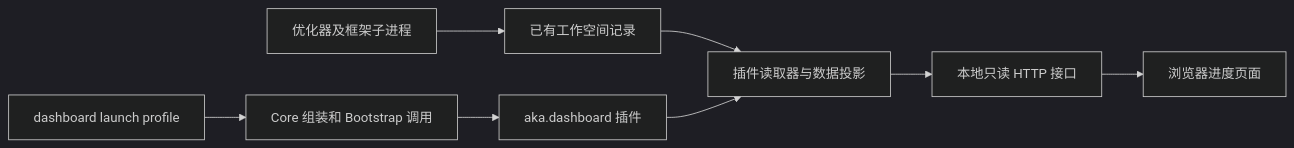
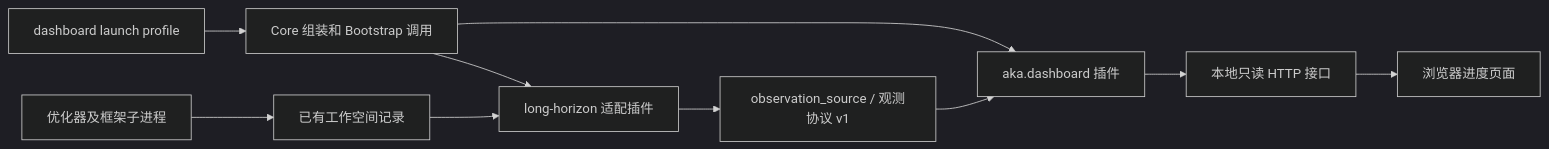
Before and after one commit to alibaba/atrex-kernel-agent: the diagram in docs/optimization-dashboard.md, drawn with Mermaid (dark theme). The commit also changed other lines of this file and 19 other files, not shown here.

Commit message:
refactor(dashboard): inject versioned observation source plugins

````diff
--- a/docs/optimization-dashboard.md
+++ b/docs/optimization-dashboard.md
@@ -28,10 +28,12 @@
 ```mermaid
 flowchart LR
     OP[优化器及框架子进程] --> WS[已有工作空间记录]
     LP[dashboard launch profile] --> CORE[Core 组装和 Bootstrap 调用]
     CORE --> UI[aka.dashboard 插件]
-    WS --> READER[插件读取器与数据投影]
-    UI --> READER
-    READER --> HTTP[本地只读 HTTP 接口]
+    CORE --> SOURCE[long-horizon 适配插件]
+    WS --> SOURCE
+    SOURCE --> CONTRACT[observation_source / 观测协议 v1]
+    CONTRACT --> UI
+    UI --> HTTP[本地只读 HTTP 接口]
     HTTP --> PAGE[浏览器进度页面]
 ```
````
